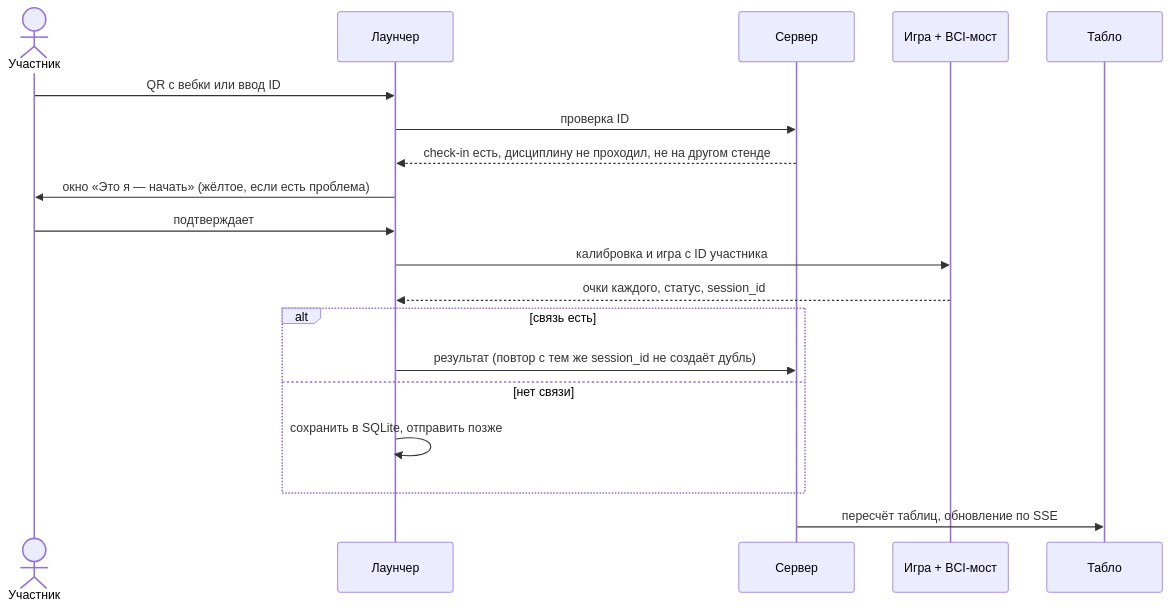
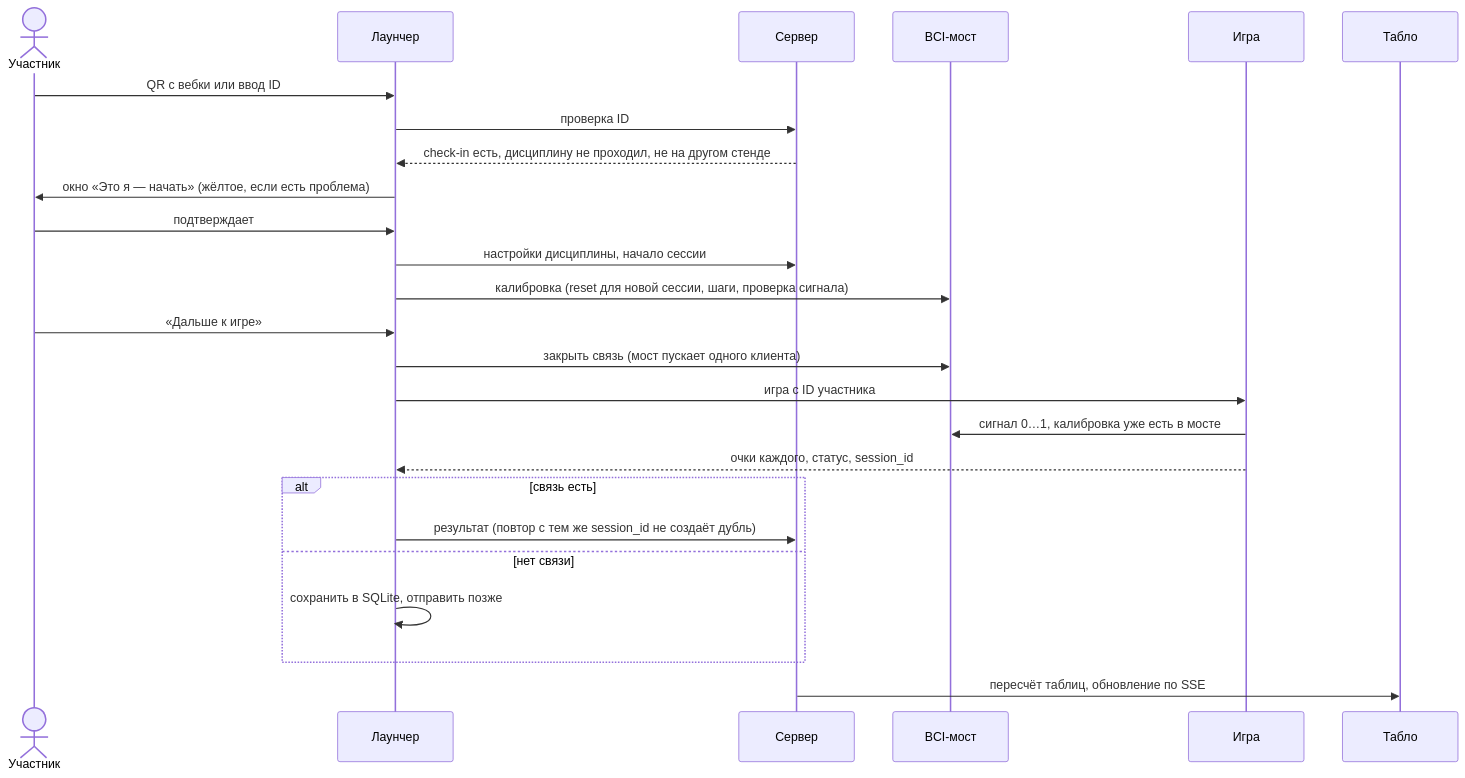
The fourth of 9 diagrams in docs/architecture.md (L0GIN0UT/Neurotlon), drawn with Mermaid before and after one commit. The commit also changed 20 other files, not shown here.

````diff
--- a/docs/architecture.md
+++ b/docs/architecture.md
@@ -82,22 +82,28 @@
 ```mermaid
 sequenceDiagram
     actor P as Участник
     participant L as Лаунчер
     participant S as Сервер
-    participant G as Игра + BCI-мост
+    participant BR as BCI-мост
+    participant G as Игра
     participant T as Табло
 
     P->>L: QR с вебки или ввод ID
     L->>S: проверка ID
     S-->>L: check-in есть, дисциплину не проходил, не на другом стенде
     L->>P: окно «Это я — начать» (жёлтое, если есть проблема)
     P->>L: подтверждает
-    L->>G: калибровка и игра с ID участника
+    L->>S: настройки дисциплины, начало сессии
+    L->>BR: калибровка (reset для новой сессии, шаги, проверка сигнала)
+    P->>L: «Дальше к игре»
+    L->>BR: закрыть связь (мост пускает одного клиента)
+    L->>G: игра с ID участника
+    G->>BR: сигнал 0…1, калибровка уже есть в мосте
     G-->>L: очки каждого, статус, session_id
     alt связь есть
         L->>S: результат (повтор с тем же session_id не создаёт дубль)
     else нет связи
         L->>L: сохранить в SQLite, отправить позже
     end
     S->>T: пересчёт таблиц, обновление по SSE
 ```
````
